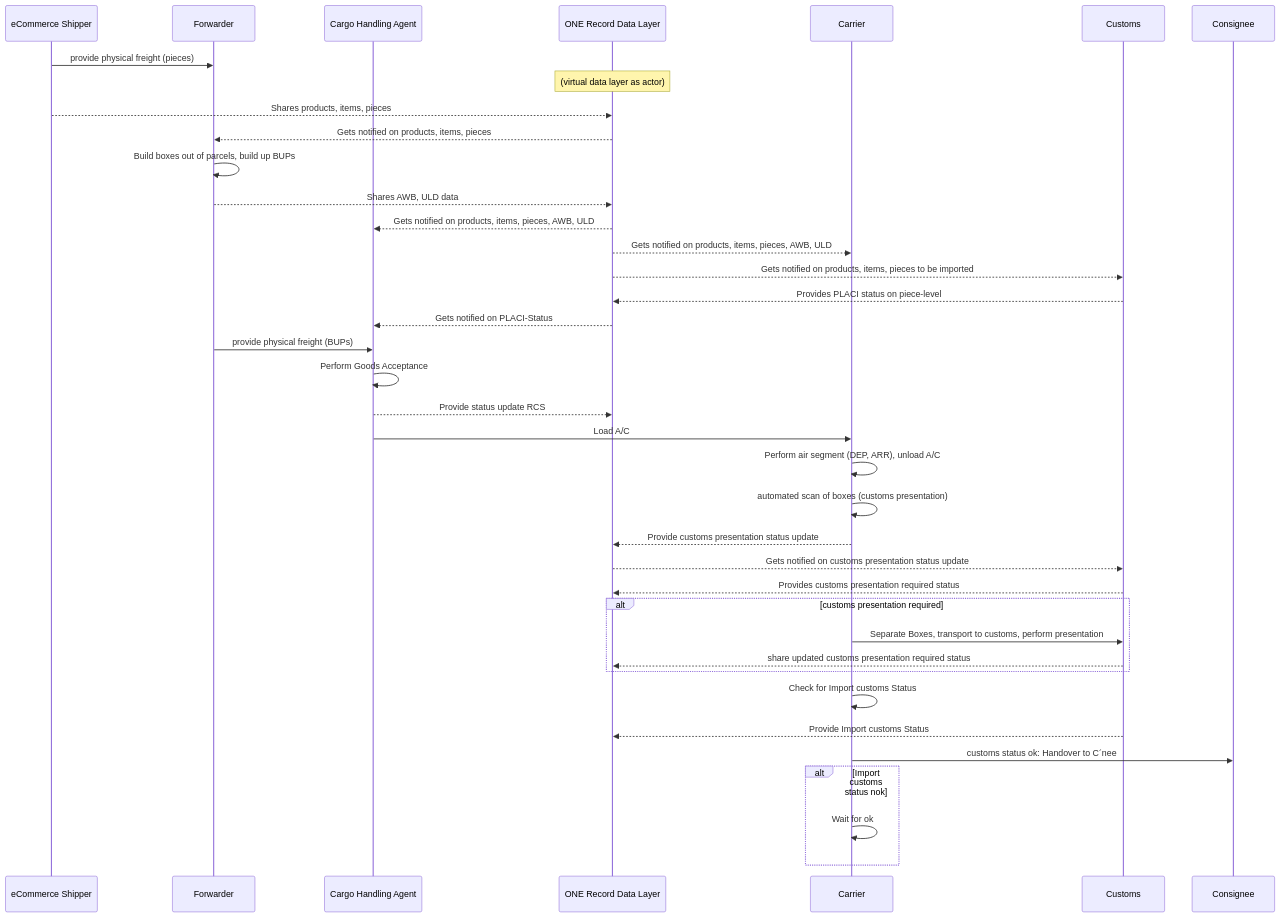
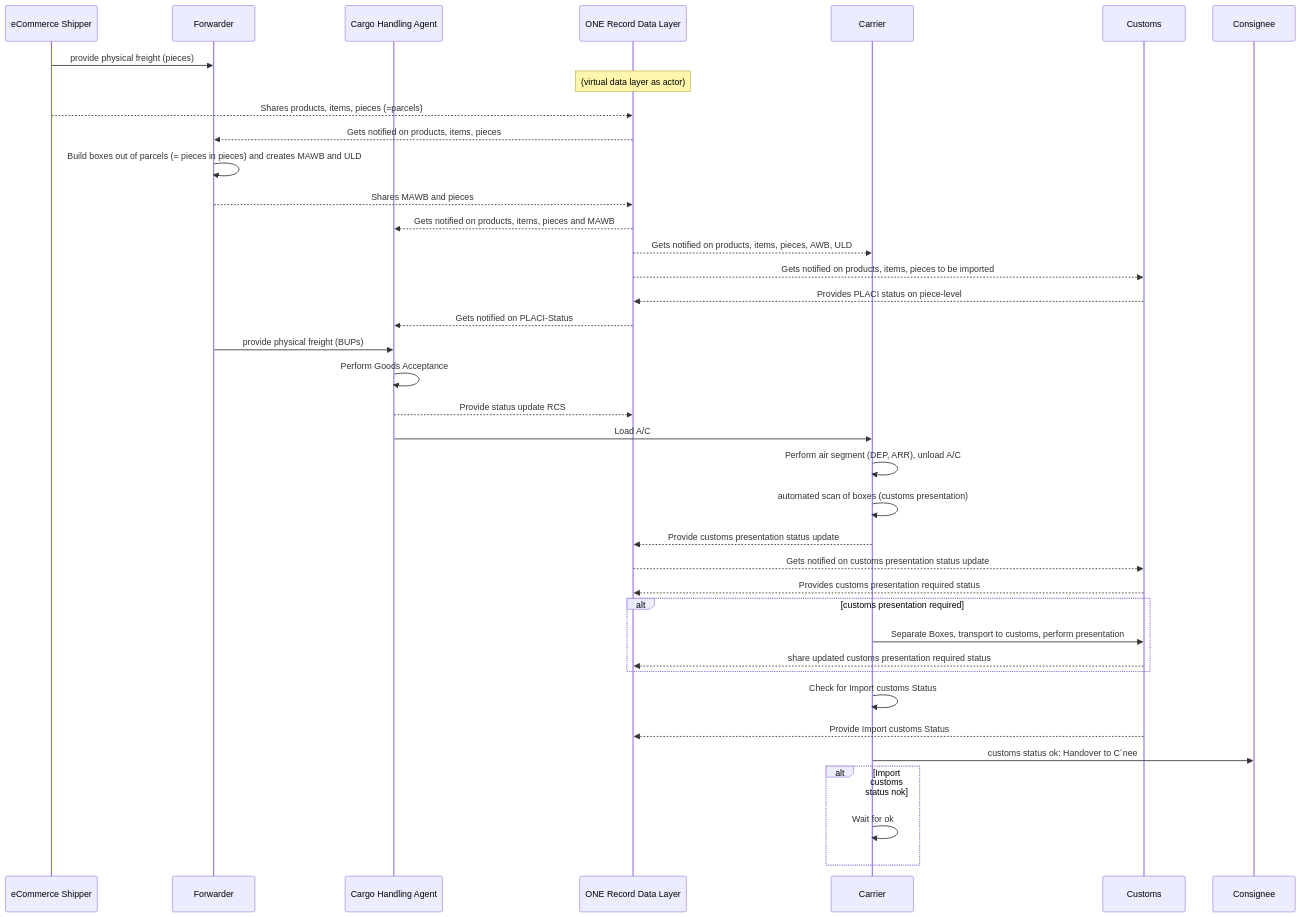
Before and after one commit to digital-cargo/good-practice-eCommerce: the diagram in README.md, drawn with Mermaid. The commit also changed other lines of this file, not shown here.

````diff
--- a/README.md
+++ b/README.md
@@ -180,44 +179,44 @@
 ```mermaid
 sequenceDiagram
 	
     participant eCommerce Shipper
     participant Forwarder
     participant Cargo Handling Agent 
     participant ONE Record Data Layer
     participant Carrier 
     participant Customs
     participant Consignee
 
 	 eCommerce Shipper->> Forwarder: provide physical freight (pieces)
 	 Note over ONE Record Data Layer: (virtual data layer as actor) 
-	 eCommerce Shipper-->> ONE Record Data Layer: Shares products, items, pieces
+	 eCommerce Shipper-->> ONE Record Data Layer: Shares products, items, pieces (=parcels)
 	 ONE Record Data Layer-->>	Forwarder: Gets notified on products, items, pieces 
-	 Forwarder->> Forwarder: Build boxes out of parcels, build up BUPs
-	 Forwarder-->> ONE Record Data Layer: Shares AWB, ULD data
-	 ONE Record Data Layer-->>	Cargo Handling Agent: Gets notified on products, items, pieces, AWB, ULD
+	 Forwarder->> Forwarder: Build boxes out of parcels (= pieces in pieces) and creates MAWB and ULD
+	 Forwarder-->> ONE Record Data Layer: Shares MAWB and pieces 
+	 ONE Record Data Layer-->>	Cargo Handling Agent: Gets notified on products, items, pieces and MAWB
 	 ONE Record Data Layer-->>	Carrier: Gets notified on products, items, pieces, AWB, ULD
 	 ONE Record Data Layer-->>	Customs: Gets notified on products, items, pieces to be imported
 	 Customs-->>ONE Record Data Layer: Provides PLACI status on piece-level
 	 ONE Record Data Layer-->>	Cargo Handling Agent: Gets notified on PLACI-Status
 	 Forwarder->> Cargo Handling Agent: provide physical freight (BUPs)
 	 Cargo Handling Agent->> Cargo Handling Agent: Perform Goods Acceptance
 	 Cargo Handling Agent-->>ONE Record Data Layer: Provide status update RCS
 	 Cargo Handling Agent->>Carrier: Load A/C
 	 Carrier->>Carrier: Perform air segment (DEP, ARR), unload A/C
 #	 Carrier-->>ONE Record Data Layer: Provide status update DEP, ARR
 	 Carrier->>Carrier: automated scan of boxes (customs presentation)
 	 Carrier-->>ONE Record Data Layer: Provide customs presentation status update
 	 ONE Record Data Layer-->>Customs: Gets notified on customs presentation status update
 	 Customs-->>ONE Record Data Layer: Provides customs presentation required status 
 	 alt customs presentation required
 		Carrier->>Customs: Separate Boxes, transport to customs, perform presentation
 		Customs-->>ONE Record Data Layer: share updated customs presentation required status
 	 	end
     Carrier->>Carrier: Check for Import customs Status
     Customs-->>ONE Record Data Layer: Provide Import customs Status
     Carrier->>Consignee: customs status ok: Handover to C´nee
     alt Import customs status nok
 	   Carrier->>Carrier: Wait for ok
     end
 	 
 ```
````
